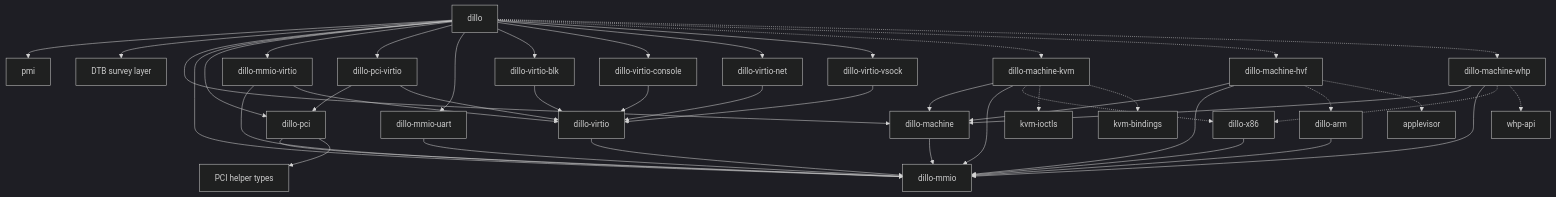
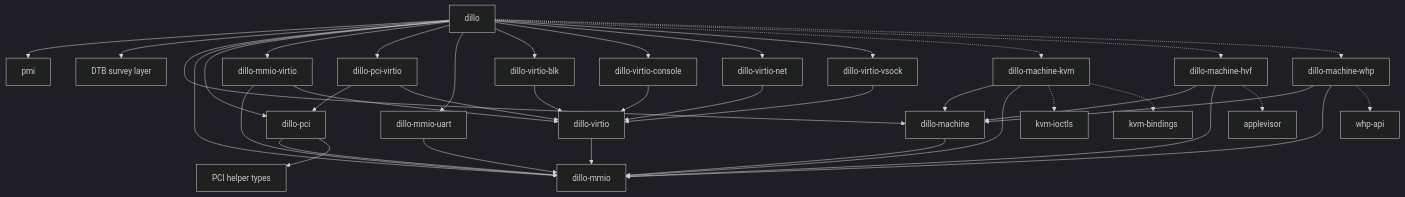
The diagram in DILLO-CRATE-SPLIT.md (pichi-vm/pichi), drawn with Mermaid (dark theme) before and after one commit. The commit also changed other lines of this file and 15 other files, not shown here.

````diff
--- a/DILLO-CRATE-SPLIT.md
+++ b/DILLO-CRATE-SPLIT.md
@@ -61,61 +61,55 @@
 ```mermaid
 flowchart TD
     dtb_survey["DTB survey layer"]
     pci_types["PCI helper types"]
 
     dillo-machine --> dillo-mmio
 
     dillo-pci --> dillo-mmio
     dillo-pci --> pci_types
 
     dillo-mmio-virtio --> dillo-mmio
     dillo-mmio-virtio --> dillo-virtio
 
     dillo-pci-virtio --> dillo-pci
     dillo-pci-virtio --> dillo-virtio
 
     dillo-virtio --> dillo-mmio
 
     dillo-mmio-uart --> dillo-mmio
 
     dillo-virtio-blk --> dillo-virtio
     dillo-virtio-console --> dillo-virtio
     dillo-virtio-net --> dillo-virtio
     dillo-virtio-vsock --> dillo-virtio
 
-    dillo-x86 --> dillo-mmio
-    dillo-arm --> dillo-mmio
-
     dillo-machine-kvm --> dillo-machine
     dillo-machine-kvm --> dillo-mmio
-    dillo-machine-kvm -.-> dillo-x86
     dillo-machine-kvm -.-> kvm-ioctls
     dillo-machine-kvm -.-> kvm-bindings
 
     dillo-machine-hvf --> dillo-machine
     dillo-machine-hvf --> dillo-mmio
-    dillo-machine-hvf -.-> dillo-arm
     dillo-machine-hvf -.-> applevisor
 
     dillo-machine-whp --> dillo-machine
     dillo-machine-whp --> dillo-mmio
-    dillo-machine-whp -.-> dillo-x86
     dillo-machine-whp -.-> whp-api
 
     dillo --> pmi
     dillo --> dtb_survey
     dillo --> dillo-machine
     dillo --> dillo-mmio
     dillo --> dillo-pci
     dillo --> dillo-mmio-virtio
     dillo --> dillo-pci-virtio
     dillo --> dillo-mmio-uart
     dillo --> dillo-virtio-blk
     dillo --> dillo-virtio-console
     dillo --> dillo-virtio-net
     dillo --> dillo-virtio-vsock
 
     dillo -.-> dillo-machine-kvm
     dillo -.-> dillo-machine-hvf
     dillo -.-> dillo-machine-whp
 ```
````
